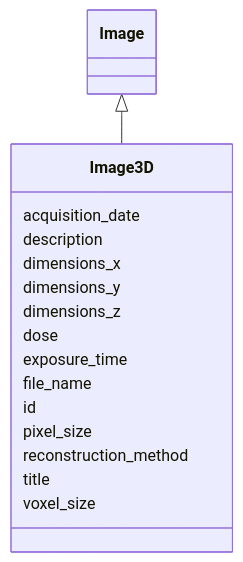
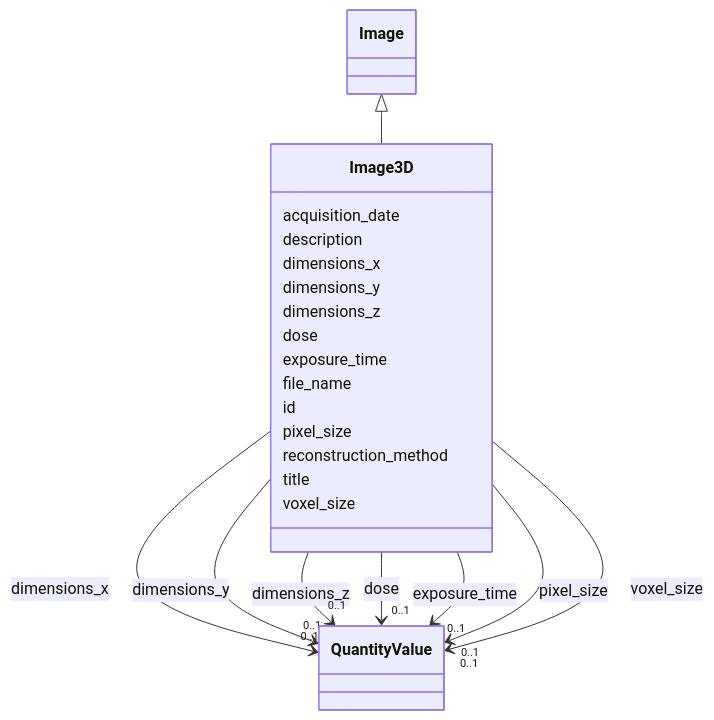
The diagram in docs/elements/Image3D.md (lambda-ber/lambda-ber-schema), drawn with Mermaid before and after one commit. The commit also changed other lines of this file and 404 other files, not shown here.

Commit message:
Update schema artifacts

````diff
--- a/docs/elements/Image3D.md
+++ b/docs/elements/Image3D.md
@@ -28,13 +28,58 @@
         
       Image3D : dimensions_x
         
+          
+    
+        
+        
+        Image3D --> "0..1" QuantityValue : dimensions_x
+        click QuantityValue href "../QuantityValue/"
+    
+
+        
       Image3D : dimensions_y
+        
+          
+    
+        
+        
+        Image3D --> "0..1" QuantityValue : dimensions_y
+        click QuantityValue href "../QuantityValue/"
+    
+
         
       Image3D : dimensions_z
         
+          
+    
+        
+        
+        Image3D --> "0..1" QuantityValue : dimensions_z
+        click QuantityValue href "../QuantityValue/"
+    
+
+        
       Image3D : dose
         
+          
+    
+        
+        
+        Image3D --> "0..1" QuantityValue : dose
+        click QuantityValue href "../QuantityValue/"
+    
+
+        
       Image3D : exposure_time
+        
+          
+    
+        
+        
+        Image3D --> "0..1" QuantityValue : exposure_time
+        click QuantityValue href "../QuantityValue/"
+    
+
         
       Image3D : file_name
         
@@ -42,11 +87,29 @@
         
       Image3D : pixel_size
         
+          
+    
+        
+        
+        Image3D --> "0..1" QuantityValue : pixel_size
+        click QuantityValue href "../QuantityValue/"
+    
+
+        
       Image3D : reconstruction_method
         
       Image3D : title
         
       Image3D : voxel_size
         
+          
+    
+        
+        
+        Image3D --> "0..1" QuantityValue : voxel_size
+        click QuantityValue href "../QuantityValue/"
+    
+
+        
       
 ```
````
